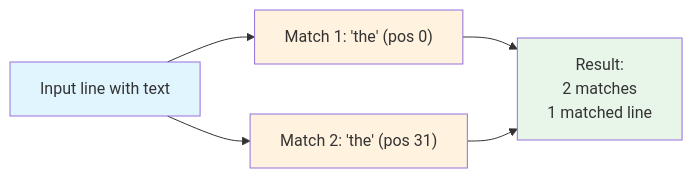
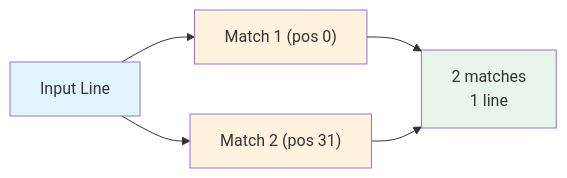
Before and after one commit to iepathos/ripgrep: the second of 4 diagrams in docs/statistics.md, drawn with Mermaid. The commit also changed other lines of this file and 3 other files, not shown here.

First line of the commit message:
fix: improve Mermaid diagram readability

````diff
--- a/docs/statistics.md
+++ b/docs/statistics.md
@@ -154,16 +156,14 @@
 ```mermaid
 graph LR
-    Line["Input line with text"]
-    Line --> Match1["Match 1: 'the' (pos 0)"]
-    Line --> Match2["Match 2: 'the' (pos 31)"]
+    Line[Input Line] --> Match1["Match 1 (pos 0)"]
+    Line --> Match2["Match 2 (pos 31)"]
 
-    Match1 --> Result["Result:
-2 matches
-1 matched line"]
+    Match1 --> Result["2 matches
+1 line"]
     Match2 --> Result
 
     style Line fill:#e1f5ff
     style Match1 fill:#fff3e0
     style Match2 fill:#fff3e0
     style Result fill:#e8f5e9
 ```
````
